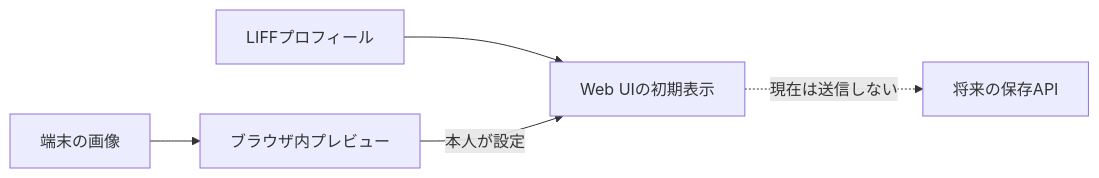
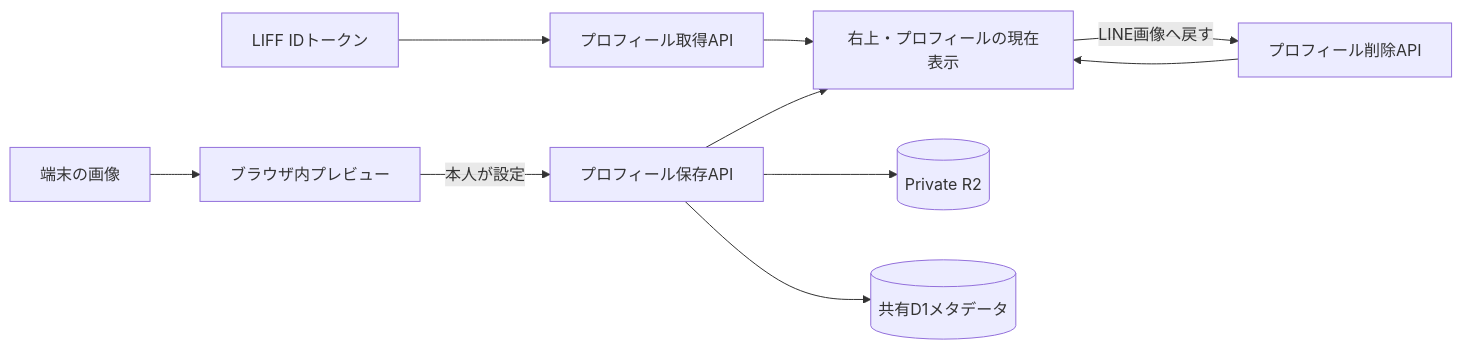
One commit to kkyosuke/me-builder changed the second of 2 diagrams in docs/product/avatar-experience.md. Above: the diagram before and after it, drawn with Mermaid. The commit also changed other lines of this file and 54 other files, not shown here.

````diff
--- a/docs/product/avatar-experience.md
+++ b/docs/product/avatar-experience.md
@@ -99,7 +109,12 @@
 ```mermaid
 flowchart LR
-    L[LIFFプロフィール] --> W[Web UIの初期表示]
+    L[LIFF IDトークン] --> G[プロフィール取得API]
+    G --> W[右上・プロフィールの現在表示]
     F[端末の画像] --> P[ブラウザ内プレビュー]
-    P -->|本人が設定| W
-    W -. 現在は送信しない .-> A[将来の保存API]
+    P -->|本人が設定| A[プロフィール保存API]
+    A --> R[(Private R2)]
+    A --> D[(共有D1メタデータ)]
+    A --> W
+    W -->|LINE画像へ戻す| X[プロフィール削除API]
+    X --> W
 ```
````
